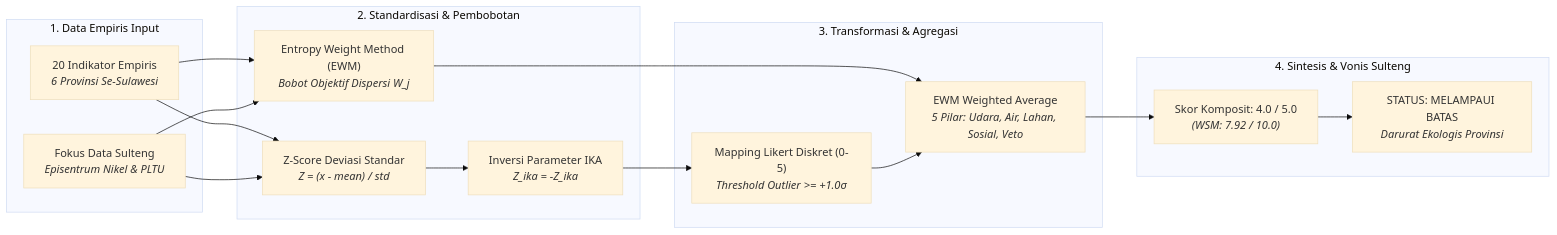
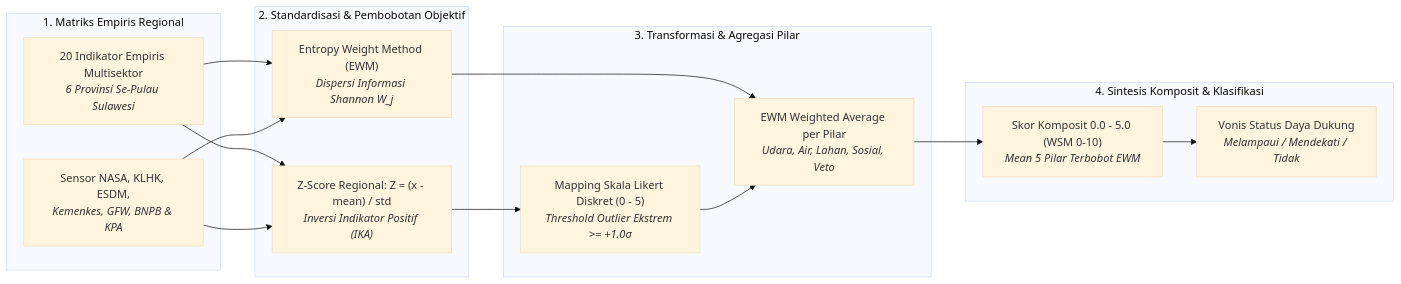
The diagram in tools/report_metodologi/bab_6/Metodologi_Bab6_Skoring_Provinsi.md (HenryAi-SIBERMU/ECC), drawn with Mermaid (base theme) before and after one commit. The commit also changed other lines of this file and 4 other files, not shown here.

Commit message:
Auto-commit: Memperbaiki struktur Bab 6 dengan metodologi dan formulasi matematis terpusat di awal Sub-bab 6.6, diikuti evaluasi empiris per provinsi

````diff
--- a/tools/report_metodologi/bab_6/Metodologi_Bab6_Skoring_Provinsi.md
+++ b/tools/report_metodologi/bab_6/Metodologi_Bab6_Skoring_Provinsi.md
@@ -12,23 +13,22 @@
 ```mermaid
 flowchart LR
-    subgraph S1["1. Data Empiris Input"]
-        A1["20 Indikator Empiris<br/><i>6 Provinsi Se-Sulawesi</i>"]
-        A2["Fokus Data Sulteng<br/><i>Episentrum Nikel & PLTU</i>"]
+    subgraph S1["1. Matriks Empiris Regional"]
+        A1["20 Indikator Empiris Multisektor<br/><i>6 Provinsi Se-Pulau Sulawesi</i>"]
+        A2["Sensor NASA, KLHK, ESDM,<br/><i>Kemenkes, GFW, BNPB & KPA</i>"]
     end
-    subgraph S2["2. Standardisasi & Pembobotan"]
-        B1["Z-Score Deviasi Standar<br/><i>Z = (x - mean) / std</i>"]
-        B2["Inversi Parameter IKA<br/><i>Z_ika = -Z_ika</i>"]
-        B3["Entropy Weight Method (EWM)<br/><i>Bobot Objektif Dispersi W_j</i>"]
+    subgraph S2["2. Standardisasi & Pembobotan Objektif"]
+        B1["Z-Score Regional: Z = (x - mean) / std<br/><i>Inversi Indikator Positif (IKA)</i>"]
+        B2["Entropy Weight Method (EWM)<br/><i>Dispersi Informasi Shannon W_j</i>"]
     end
-    subgraph S3["3. Transformasi & Agregasi"]
-        C1["Mapping Likert Diskret (0-5)<br/><i>Threshold Outlier >= +1.0σ</i>"]
-        C2["EWM Weighted Average<br/><i>5 Pilar: Udara, Air, Lahan, Sosial, Veto</i>"]
+    subgraph S3["3. Transformasi & Agregasi Pilar"]
+        C1["Mapping Skala Likert Diskret (0 - 5)<br/><i>Threshold Outlier Ekstrem >= +1.0σ</i>"]
+        C2["EWM Weighted Average per Pilar<br/><i>Udara, Air, Lahan, Sosial, Veto</i>"]
     end
-    subgraph S4["4. Sintesis & Vonis Sulteng"]
-        D1["Skor Komposit: 4.0 / 5.0<br/><i>(WSM: 7.92 / 10.0)</i>"]
-        D2["STATUS: MELAMPAUI BATAS<br/><i>Darurat Ekologis Provinsi</i>"]
+    subgraph S4["4. Sintesis Komposit & Klasifikasi"]
+        D1["Skor Komposit 0.0 - 5.0 (WSM 0-10)<br/><i>Mean 5 Pilar Terbobot EWM</i>"]
+        D2["Vonis Status Daya Dukung<br/><i>Melampaui / Mendekati / Tidak</i>"]
     end
-    A1 & A2 --> B1 & B3
-    B1 --> B2 --> C1
-    B3 & C1 --> C2 --> D1 --> D2
+    A1 & A2 --> B1 & B2
+    B1 --> C1
+    B2 & C1 --> C2 --> D1 --> D2
 ```
````
